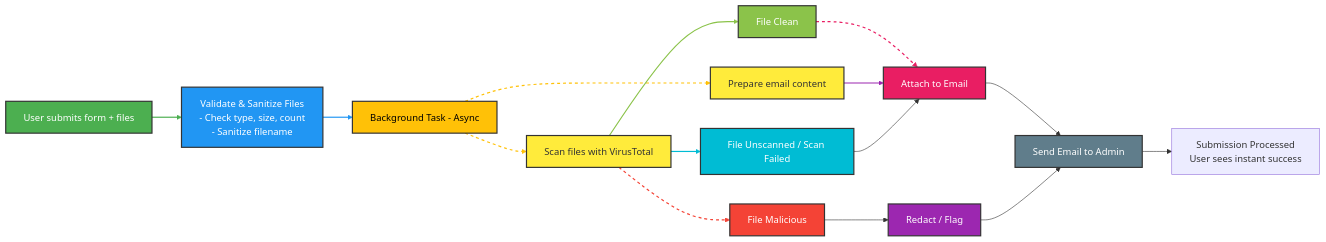
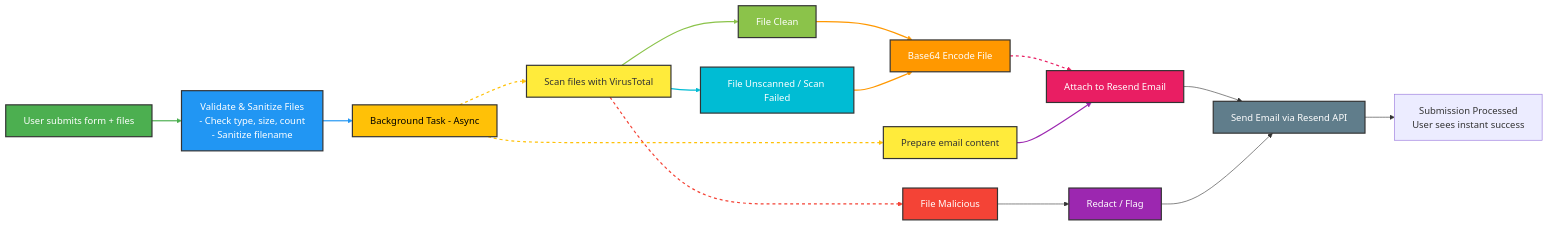
One commit to A2p3kt/fastapi-vt-mail changed the diagram in README.md. Above: the diagram before and after it, drawn with Mermaid. The commit also changed other lines of this file, not shown here.

````diff
--- a/README.md
+++ b/README.md
@@ -34,46 +34,50 @@
 ```mermaid
 graph LR
     A[User submits form + files] --> B[Validate & Sanitize Files<br/>- Check type, size, count<br/>- Sanitize filename]
 
     B --> C[Background Task - Async]
     C --> C2[Prepare email content]
     C --> C1[Scan files with VirusTotal]
 
     C1 --> D[File Clean]
     C1 --> E[File Malicious]
     C1 --> F[File Unscanned / Scan Failed]
 
-    D --> G[Attach to Email]
+    D --> G2[Base64 Encode File]
+    F --> G2
+    G2 --> G[Attach to Resend Email]
     C2 --> G
-    F --> G
     E --> H[Redact / Flag]
 
-    G --> I[Send Email to Admin]
+    G --> I[Send Email via Resend API]
     H --> I
 
     I --> J[Submission Processed<br/>User sees instant success]
 
     %% Node Styles
     style A fill:#4CAF50,stroke:#333,stroke-width:2px,color:#fff
     style B fill:#2196F3,stroke:#333,stroke-width:2px,color:#fff
     style C fill:#FFC107,stroke:#333,stroke-width:2px,color:#000
     style C1 fill:#FFEB3B,stroke:#333,stroke-width:2px
     style C2 fill:#FFEB3B,stroke:#333,stroke-width:2px
     style D fill:#8BC34A,stroke:#333,stroke-width:2px,color:#fff
     style E fill:#F44336,stroke:#333,stroke-width:2px,color:#fff
     style F fill:#00BCD4,stroke:#333,stroke-width:2px,color:#fff
+    style G2 fill:#FF9800,stroke:#333,stroke-width:2px,color:#fff
     style G fill:#E91E63,stroke:#333,stroke-width:2px,color:#fff
     style H fill:#9C27B0,stroke:#333,stroke-width:2px,color:#fff
     style I fill:#607D8B,stroke:#333,stroke-width:2px,color:#fff
 
     %% Arrow Styles
     linkStyle 0 stroke:#4CAF50,stroke-width:2px
     linkStyle 1 stroke:#2196F3,stroke-width:2px
     linkStyle 2 stroke:#FFC107,stroke-width:2px,stroke-dasharray: 5,5
     linkStyle 3 stroke:#FFC107,stroke-width:2px,stroke-dasharray: 5,5
     linkStyle 4 stroke:#8BC34A,stroke-width:2px
     linkStyle 5 stroke:#F44336,stroke-width:2px,stroke-dasharray: 5,5
     linkStyle 6 stroke:#00BCD4,stroke-width:2px
-    linkStyle 7 stroke:#E91E63,stroke-width:2px,stroke-dasharray: 5,5
-    linkStyle 8 stroke:#9C27B0,stroke-width:2px
+    linkStyle 7 stroke:#FF9800,stroke-width:2px
+    linkStyle 8 stroke:#FF9800,stroke-width:2px
+    linkStyle 9 stroke:#E91E63,stroke-width:2px,stroke-dasharray: 5,5
+    linkStyle 10 stroke:#9C27B0,stroke-width:2px
 ```
````
